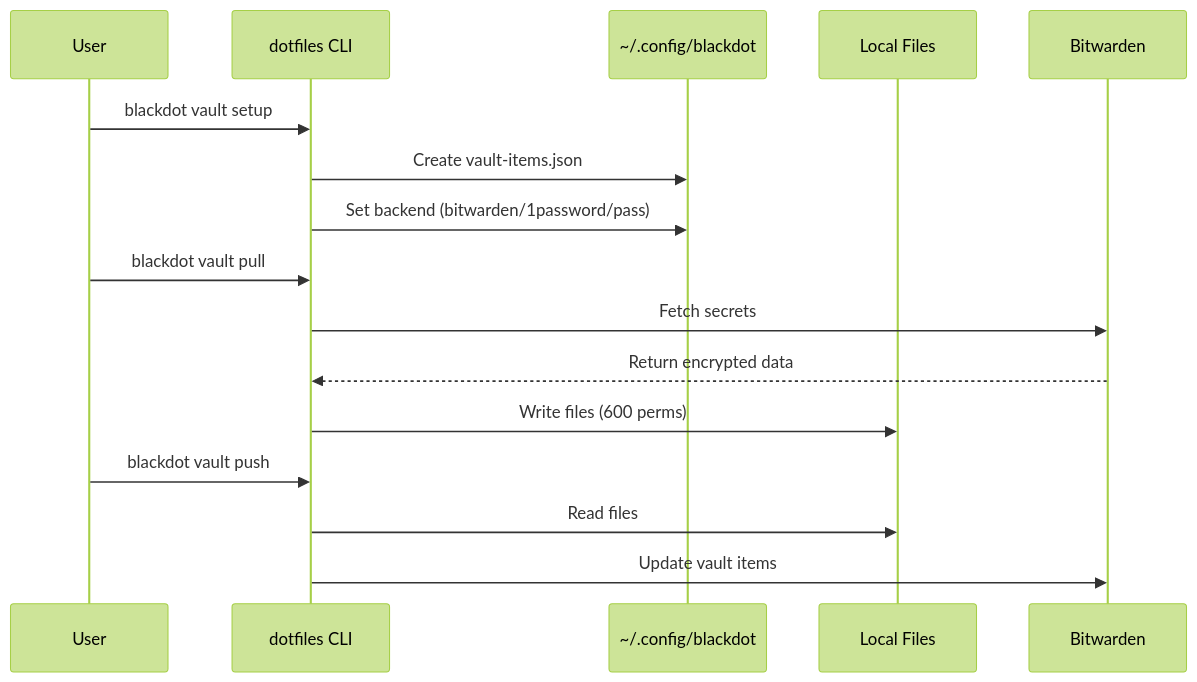
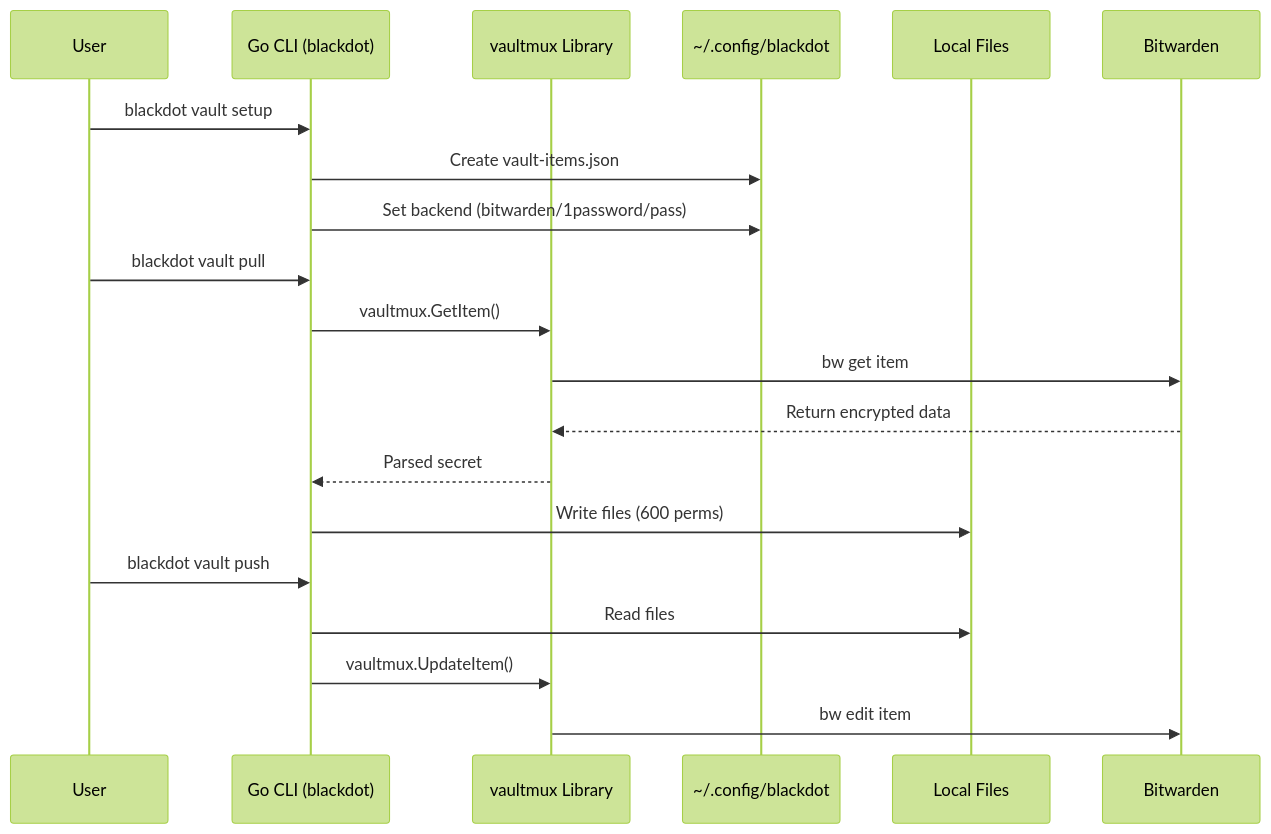
Before and after one commit to blackwell-systems/blackdot: the sixth of 10 diagrams in docs/architecture.md, drawn with Mermaid (forest theme). The commit also changed other lines of this file and 1 other file, not shown here.

First line of the commit message:
docs: Update CLAUDE.md and architecture.md to reflect Go-first architecture

````diff
--- a/docs/architecture.md
+++ b/docs/architecture.md
@@ -488,21 +511,25 @@
 ```mermaid
 sequenceDiagram
     participant User
-    participant CLI as dotfiles CLI
+    participant CLI as Go CLI (blackdot)
+    participant VMux as vaultmux Library
     participant Config as ~/.config/blackdot
     participant Local as Local Files
     participant BW as Bitwarden
 
     User->>CLI: blackdot vault setup
     CLI->>Config: Create vault-items.json
     CLI->>Config: Set backend (bitwarden/1password/pass)
 
     User->>CLI: blackdot vault pull
-    CLI->>BW: Fetch secrets
-    BW-->>CLI: Return encrypted data
+    CLI->>VMux: vaultmux.GetItem()
+    VMux->>BW: bw get item
+    BW-->>VMux: Return encrypted data
+    VMux-->>CLI: Parsed secret
     CLI->>Local: Write files (600 perms)
 
     User->>CLI: blackdot vault push
     CLI->>Local: Read files
-    CLI->>BW: Update vault items
+    CLI->>VMux: vaultmux.UpdateItem()
+    VMux->>BW: bw edit item
 ```
````
